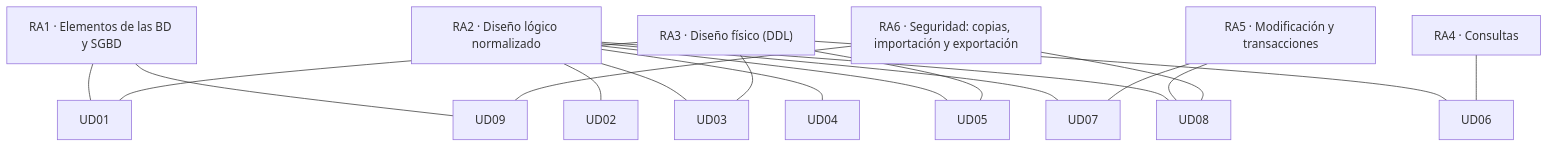
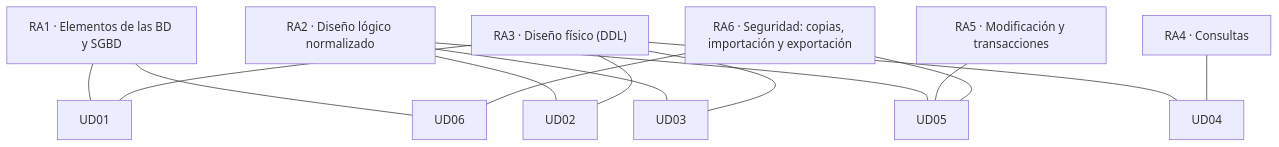
Before and after one commit to LorenaLResusta/GBD: the diagram in content.es/guia/ra-ce.md, drawn with Mermaid. The commit also changed other lines of this file and 142 other files, not shown here.

````diff
--- a/content.es/guia/ra-ce.md
+++ b/content.es/guia/ra-ce.md
@@ -15,9 +15,9 @@
 ```mermaid
 flowchart TB
-    RA1["RA1 · Elementos de las BD y SGBD"] --- U1[UD01] & U9[UD09]
-    RA2["RA2 · Diseño lógico normalizado"] --- U2[UD02] & U3[UD03] & U4[UD04] & U5[UD05] & U7[UD07] & U8[UD08]
-    RA3["RA3 · Diseño físico (DDL)"] --- U1[UD01] & U3[UD03] & U5[UD05] & U6[UD06]
-    RA4["RA4 · Consultas"] --- U6[UD06]
-    RA5["RA5 · Modificación y transacciones"] --- U7[UD07] & U8[UD08]
-    RA6["RA6 · Seguridad: copias, importación y exportación"] --- U8[UD08] & U9[UD09]
+    RA1["RA1 · Elementos de las BD y SGBD"] --- U1[UD01] & U6[UD06]
+    RA2["RA2 · Diseño lógico normalizado"] --- U2[UD02] & U3[UD03] & U5[UD05]
+    RA3["RA3 · Diseño físico (DDL)"] --- U1[UD01] & U2[UD02] & U3[UD03] & U4[UD04]
+    RA4["RA4 · Consultas"] --- U4[UD04]
+    RA5["RA5 · Modificación y transacciones"] --- U5[UD05]
+    RA6["RA6 · Seguridad: copias, importación y exportación"] --- U5[UD05] & U6[UD06]
 ```
````
